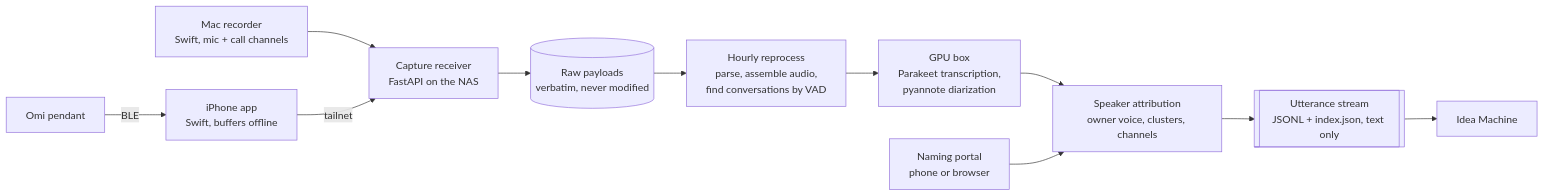
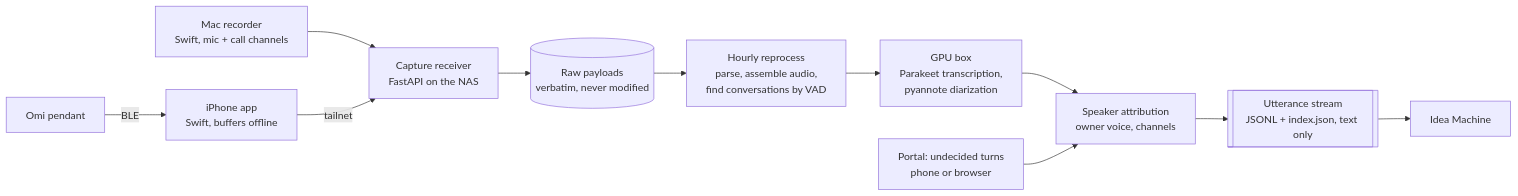
The diagram in README.md (lowmagic/hearsay), drawn with Mermaid before and after one commit. The commit also changed other lines of this file and 20 other files, not shown here.

````diff
--- a/README.md
+++ b/README.md
@@ -37,13 +37,13 @@
 ```mermaid
 flowchart LR
   P[Omi pendant] -- BLE --> I[iPhone app<br/>Swift, buffers offline]
   M[Mac recorder<br/>Swift, mic + call channels] --> R
   I -- tailnet --> R[Capture receiver<br/>FastAPI on the NAS]
   R --> RAW[(Raw payloads<br/>verbatim, never modified)]
   RAW --> RP[Hourly reprocess<br/>parse, assemble audio,<br/>find conversations by VAD]
   RP --> GPU[GPU box<br/>Parakeet transcription,<br/>pyannote diarization]
-  GPU --> SP[Speaker attribution<br/>owner voice, clusters, channels]
-  PORTAL[Naming portal<br/>phone or browser] --> SP
+  GPU --> SP[Speaker attribution<br/>owner voice, channels]
+  PORTAL[Portal: undecided turns<br/>phone or browser] --> SP
   SP --> S[[Utterance stream<br/>JSONL + index.json, text only]]
   S --> IM[Idea Machine]
 ```
````
